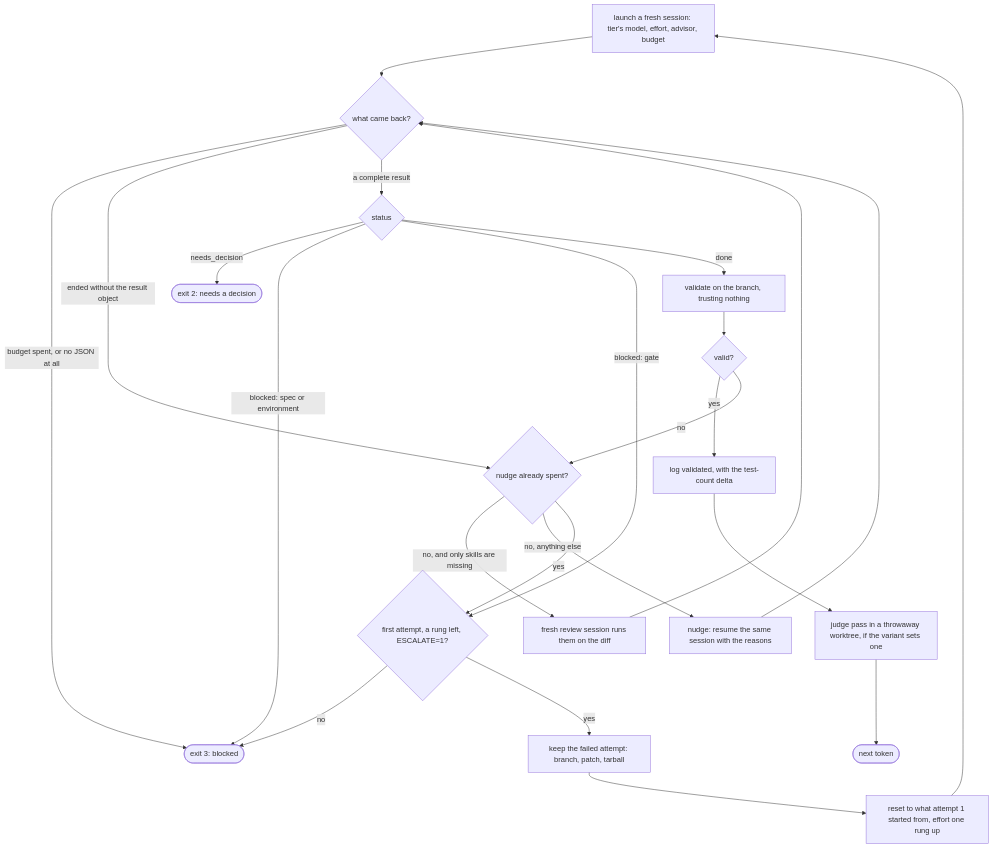
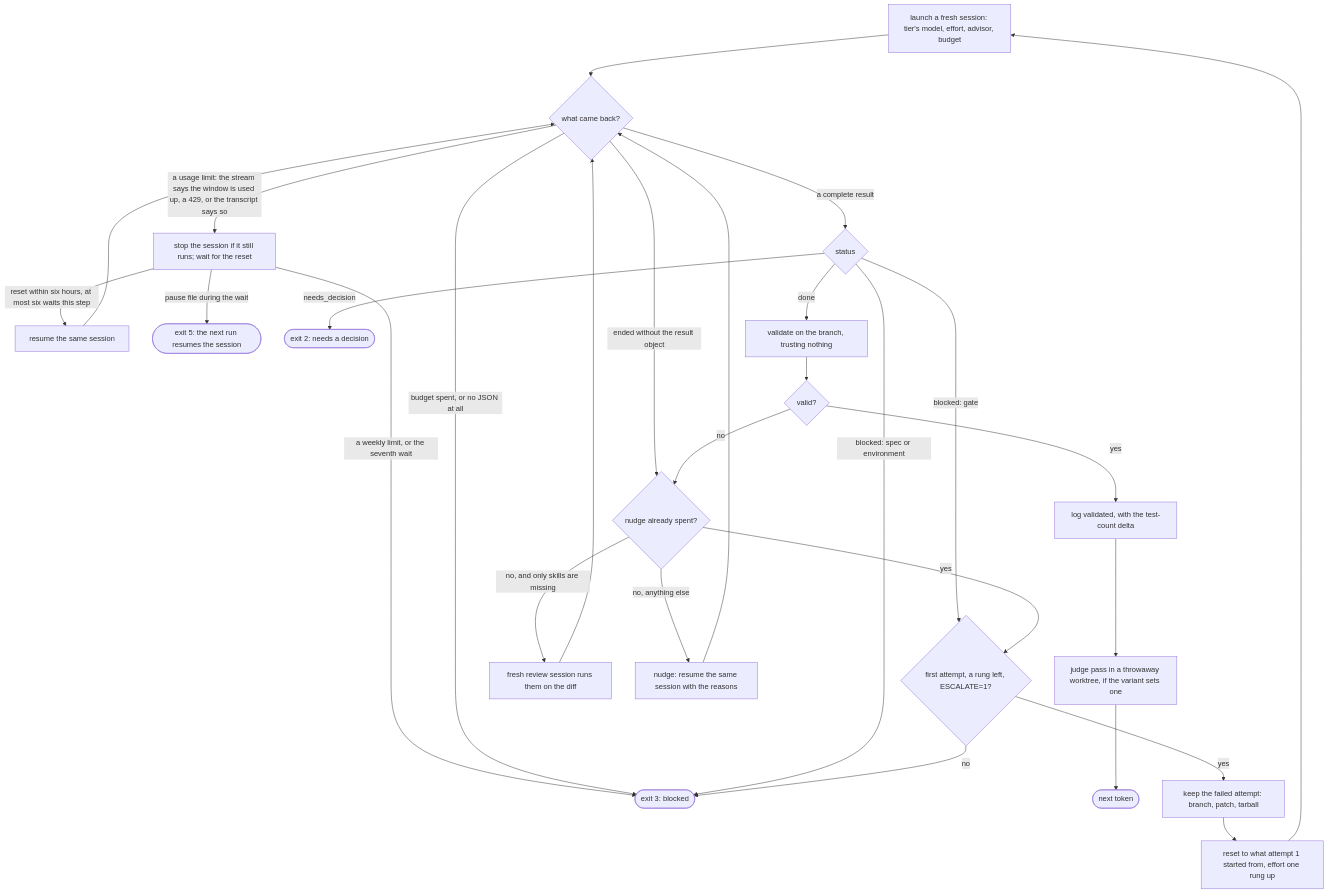
One commit to gomorra/fire-stream-chat changed the second of 2 diagrams in scripts/plan-runner/README.md. Above: the diagram before and after it, drawn with Mermaid. The commit also changed other lines of this file and 18 other files, not shown here.

````diff
--- a/scripts/plan-runner/README.md
+++ b/scripts/plan-runner/README.md
@@ -54,25 +57,30 @@
 ```mermaid
 flowchart TD
   L["launch a fresh session: tier's model, effort, advisor, budget"] --> K{"what came back?"}
+  K -- "a usage limit: the stream says the window is used up, a 429, or the transcript says so" --> W["stop the session if it still runs; wait for the reset"]
+  W -- "reset within six hours, at most six waits this step" --> Rs["resume the same session"]
+  Rs --> K
+  W -- "pause file during the wait" --> P5(["exit 5: the next run resumes the session"])
+  W -- "a weekly limit, or the seventh wait" --> B
   K -- "budget spent, or no JSON at all" --> B(["exit 3: blocked"])
   K -- "ended without the result object" --> U
   K -- "a complete result" --> S{"status"}
   S -- "needs_decision" --> D(["exit 2: needs a decision"])
   S -- "blocked: spec or environment" --> B
   S -- "blocked: gate" --> E
   S -- "done" --> V["validate on the branch, trusting nothing"]
   V --> OK{"valid?"}
   OK -- "yes" --> T["log validated, with the test-count delta"]
   T --> J["judge pass in a throwaway worktree, if the variant sets one"]
   J --> X(["next token"])
   OK -- "no" --> U{"nudge already spent?"}
   U -- "no, and only skills are missing" --> R["fresh review session runs them on the diff"]
   U -- "no, anything else" --> N["nudge: resume the same session with the reasons"]
   R --> K
   N --> K
   U -- "yes" --> E{"first attempt, a rung left, ESCALATE=1?"}
   E -- "no" --> B
   E -- "yes" --> P["keep the failed attempt: branch, patch, tarball"]
   P --> Z["reset to what attempt 1 started from, effort one rung up"]
   Z --> L
 ```
````
